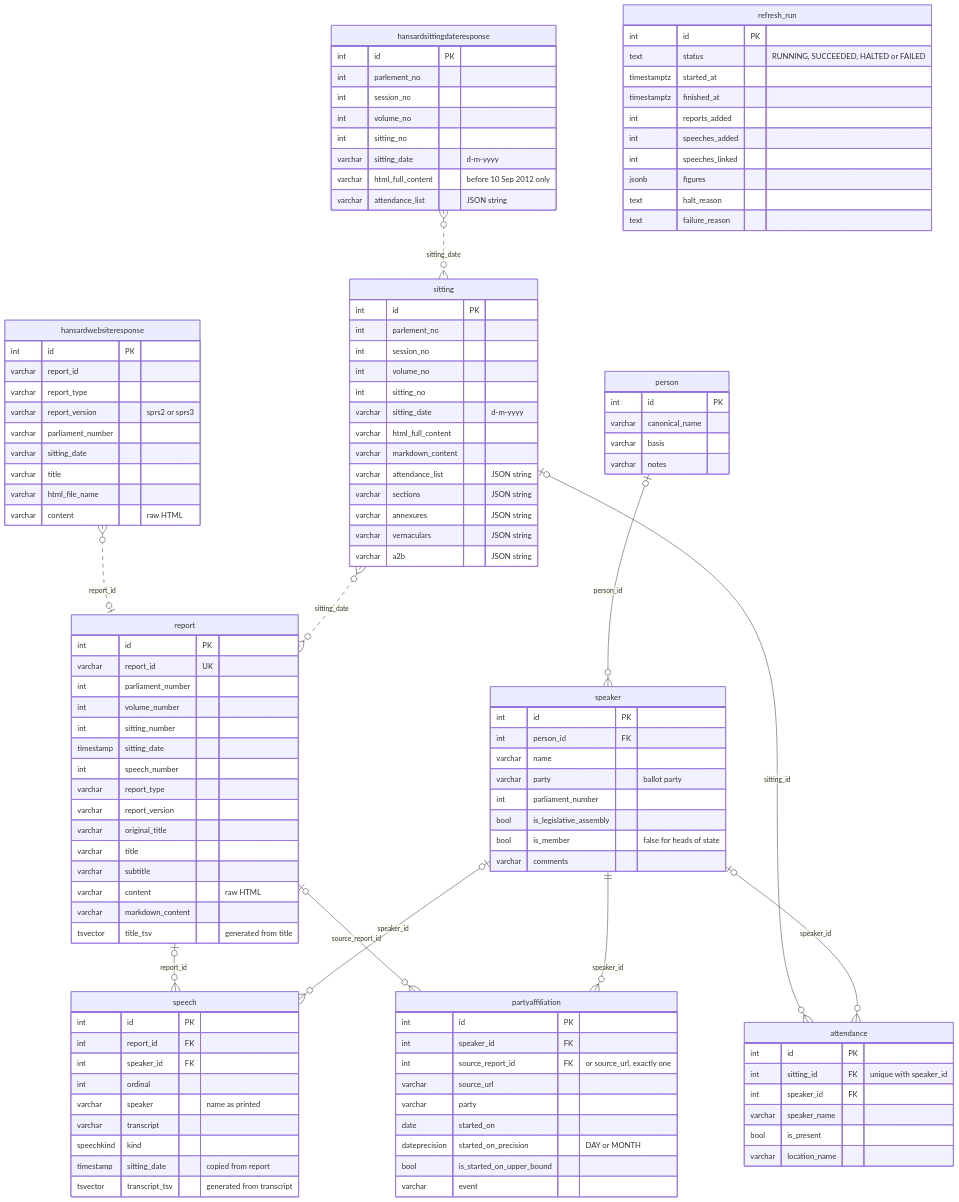
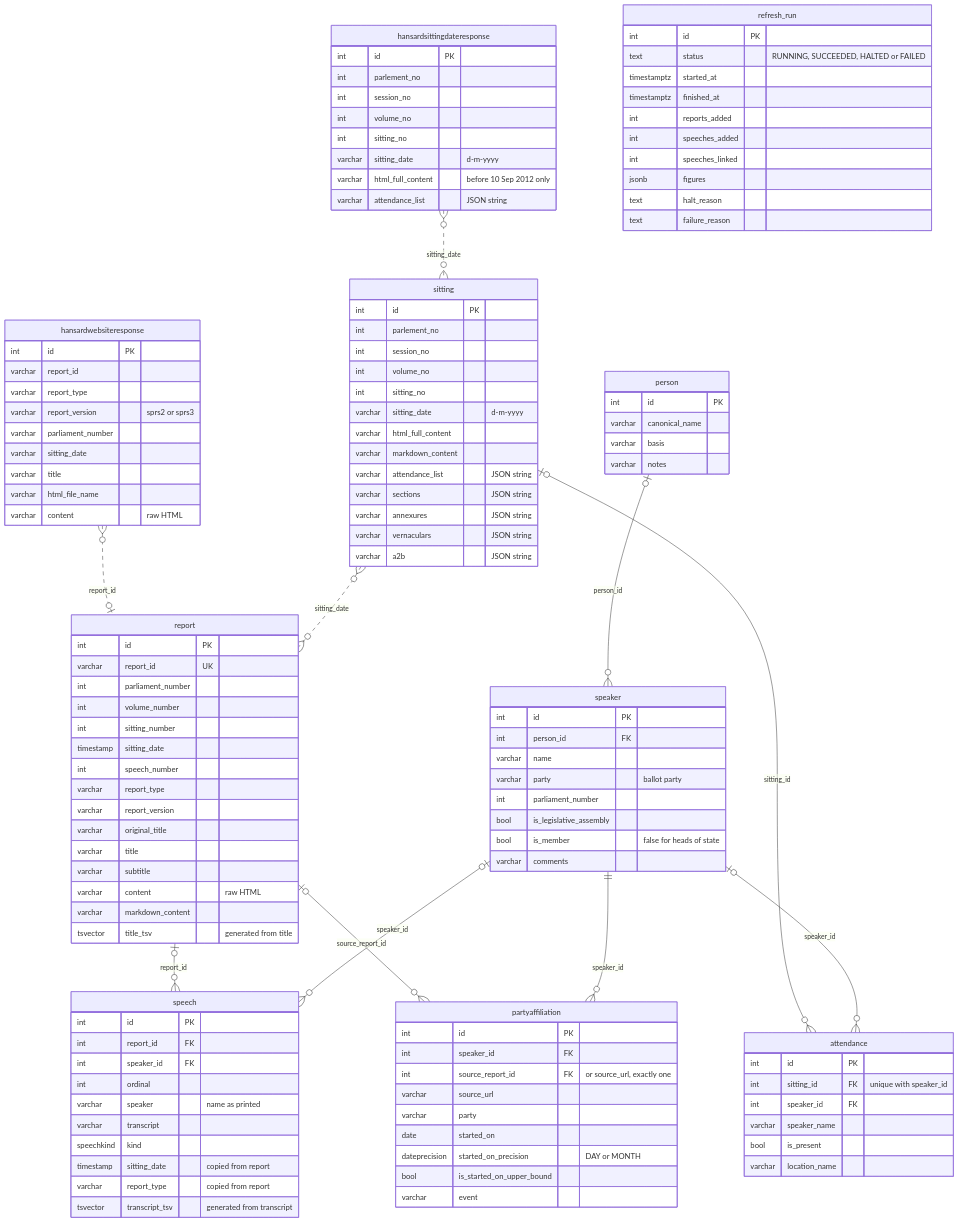
The diagram in database/README.md (roycehoe/hansard-scraper), drawn with Mermaid before and after one commit. The commit also changed 23 other files, not shown here.

First line of the commit message:
feat: store each speech's report type

```diff
--- a/database/README.md
+++ b/database/README.md
@@ -54,6 +54,7 @@
         varchar transcript
         speechkind kind
         timestamp sitting_date "copied from report"
+        varchar report_type "copied from report"
         tsvector transcript_tsv "generated from transcript"
     }
 
```
